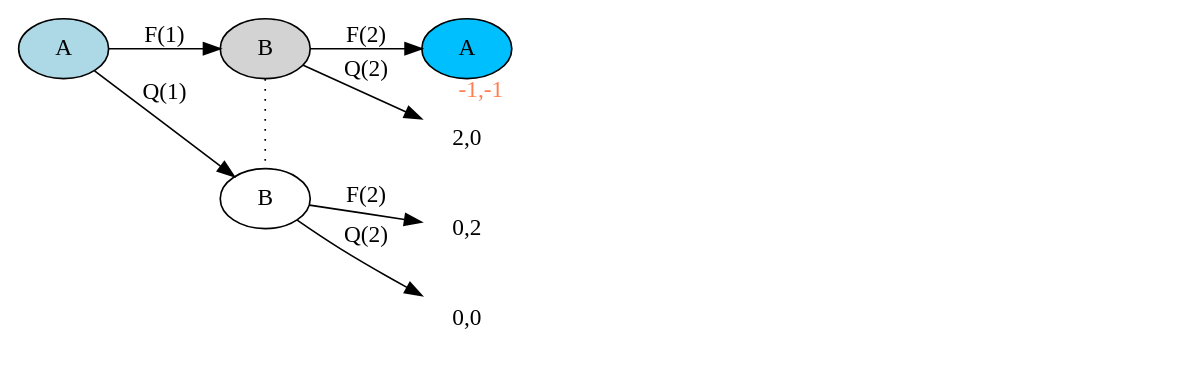
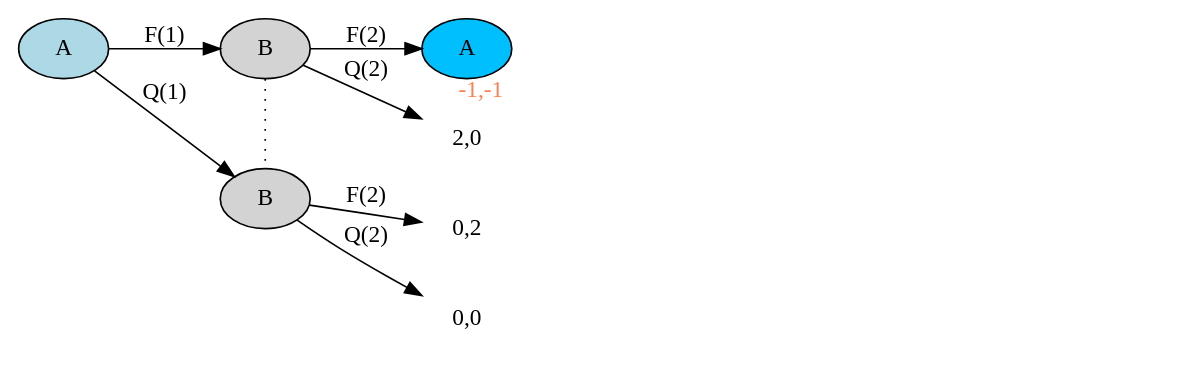
Diagram 15 of 21 in mode/drl_101.org (Binjian/org), drawn with Graphviz before and after one commit. The commit also changed other lines of this file and 3 other files, not shown here.

```diff
--- a/mode/drl_101.org
+++ b/mode/drl_101.org
@@ -761,48 +870,48 @@
-#+begin_src dot :file img/_generated/tree3.png
+#+begin_src dot :file img/_generated/tree3.png :cache yes
 digraph G {
     rankdir=LR;
     {
         node [group=top]
         A1[label=A,style=filled, fillcolor=lightblue]
         B1[label=B,style=filled, fillcolor=lightgrey]
         A21[label="A",style=filled, xlabel=<<FONT COLOR="coral">-1,-1</FONT>>,fillcolor=deepskyblue]
         B21[label=B,style=invis,fillcolor=lightslategrey]
         A31[label=A,style=invis,xlabel=<<FONT COLOR="coral">-1</FONT>-1,<FONT COLOR="coral">-1</FONT>-1>,fillcolor=dodgerblue]
         future[style=invis]
     }
-    B2[label=B,fillcolor=lightgrey]
+    B2[label=B,style=filled,fillcolor=lightgrey]
     A1->B1[label="F(1)"]
 
     A1->B2[label="Q(1)"]
     A21->B21[label="F(3)",style=invis]
 
     B1 -> B2 [style="dotted", dir=none]
 
     B22[label=B,style=invis, fillcolor=lightslategrey]
 
     P12[label="2,0",shape=rect,color=none]
     P21[label="0,2",shape=rect,color=none]
     P22[label="0,0",shape=rect,color=none]
     B1->A21[label="F(2)"]
     B1->P12[label="Q(2)"]
     B21 -> B22 [style="dotted",dir=none,style=invis]
     {rank=same; B21,B22}
 
     B2->P21[label="F(2)"]
     B2->P22[label="Q(2)"]
     {rank=same; B1,B2}
 
     A21->B22[label="Q(3)",style=invis]
 
     B21 -> A31[label="F(4)",style=invis]
     P32[label=<<FONT COLOR="coral">-1</FONT>+2,<FONT COLOR="coral">-1</FONT>+0>,shape=rect,color=none,style=invis]
     P31[label=<<FONT COLOR="coral">-1</FONT>+0,<FONT COLOR="coral">-1</FONT>+2>,shape=rect,color=none,style=invis]
     P33[label=<<FONT COLOR="coral">-1</FONT>+0,<FONT COLOR="coral">-1</FONT>+0>,shape=rect,color=none,style=invis]
     A31 -> future[style="dashed",style=invis]
     B21 -> P32[label="Q(4)",style=invis]
 
     B22 -> P31[label="F(4)",style=invis]
     B22 -> P33[label="Q(4)",style=invis]
 
 }
 #+end_src
```
